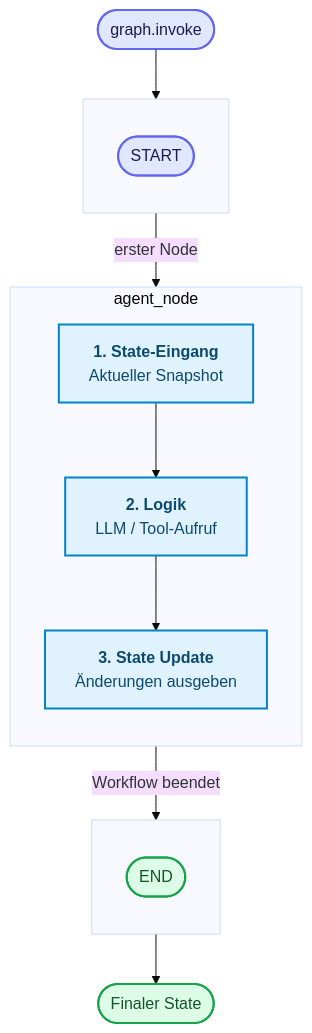
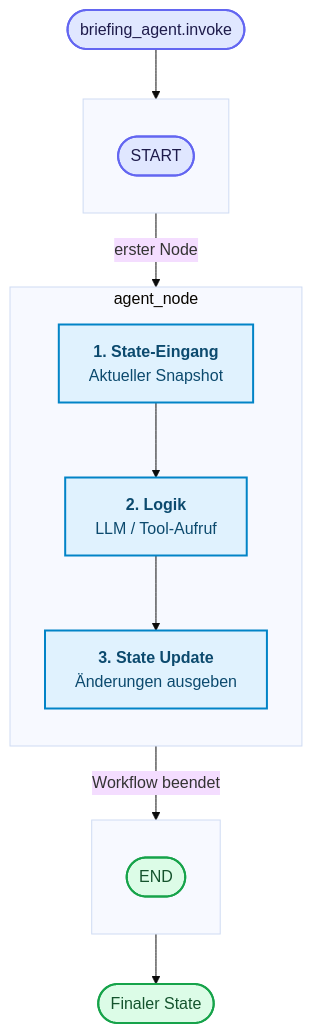
The second of 7 diagrams in docs/05-frameworks/einsteiger-langgraph.md (ralf-42/Agenten), drawn with Mermaid (base theme) before and after one commit. The commit also changed other lines of this file and 2 other files, not shown here.

````diff
--- a/docs/05-frameworks/einsteiger-langgraph.md
+++ b/docs/05-frameworks/einsteiger-langgraph.md
@@ -160,37 +160,37 @@
 ```mermaid
 flowchart TD
     %% Einstiegspunkt
-    INVOKE([graph.invoke]) --> START
+    INVOKE([briefing_agent.invoke]) --> START
 
     %% Hauptknoten
     subgraph START_NODE [ ]
         direction TB
         START([START])
     end
 
     subgraph AGENT_NODE [agent_node]
         direction TB
         StateIn[<b>1. State-Eingang</b><br/>Aktueller Snapshot]
         LLM[<b>2. Logik</b><br/>LLM / Tool-Aufruf]
         Update[<b>3. State Update</b><br/>Änderungen ausgeben]
 
         StateIn --> LLM
         LLM --> Update
     end
 
     subgraph END_NODE [ ]
         direction TB
         END([END])
     end
 
     %% Verbindungen
     START -->|erster Node| AGENT_NODE
     AGENT_NODE -->|Workflow beendet| END
     END --> RESULT([Finaler State])
 
     classDef default fill:#e0f2fe,stroke:#0284c7,stroke-width:2px,color:#0c4a6e;
     classDef input fill:#e0e7ff,stroke:#6366f1,stroke-width:2px,color:#1e1b4b;
     classDef output fill:#dcfce7,stroke:#16a34a,stroke-width:2px,color:#14532d;
     class INVOKE,START input;
     class END,RESULT output;
 ```
````
